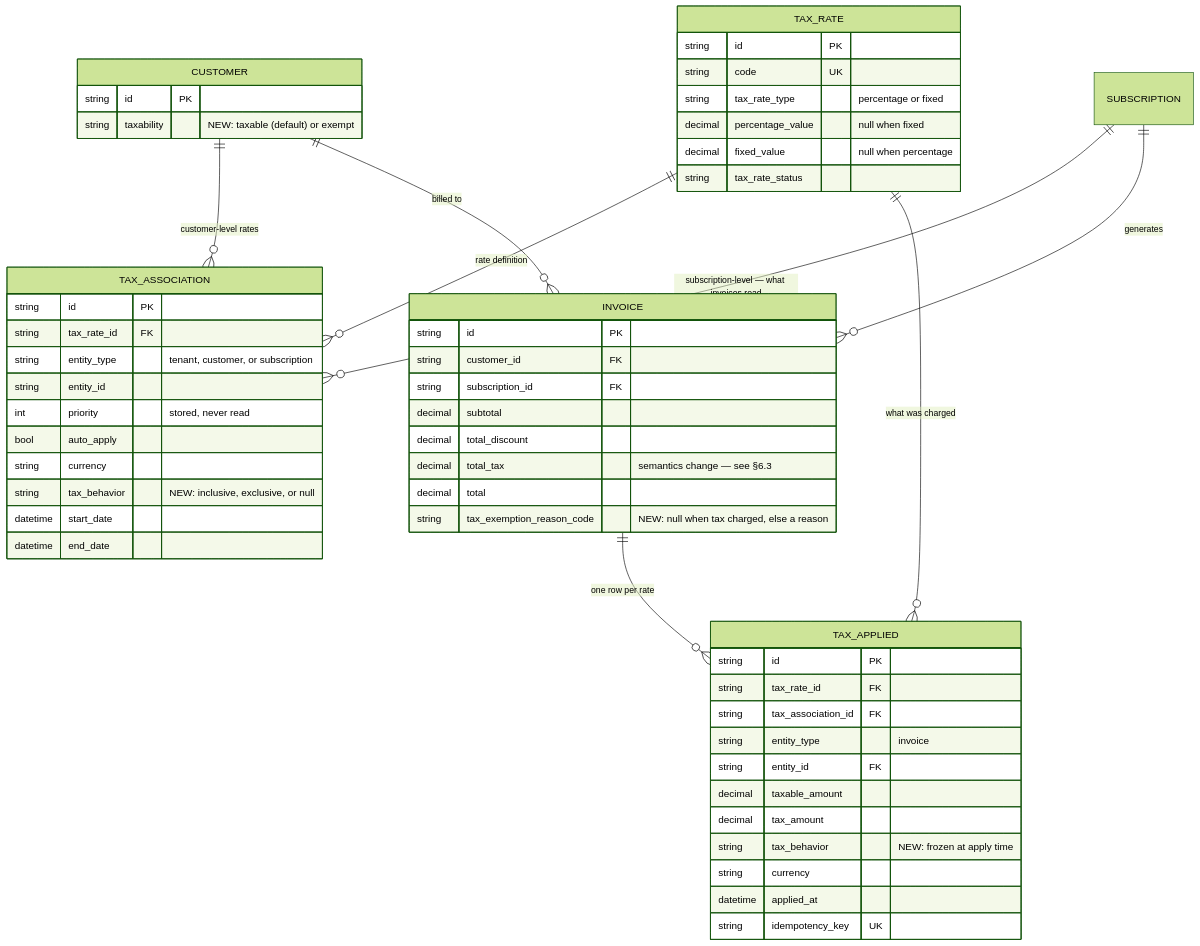
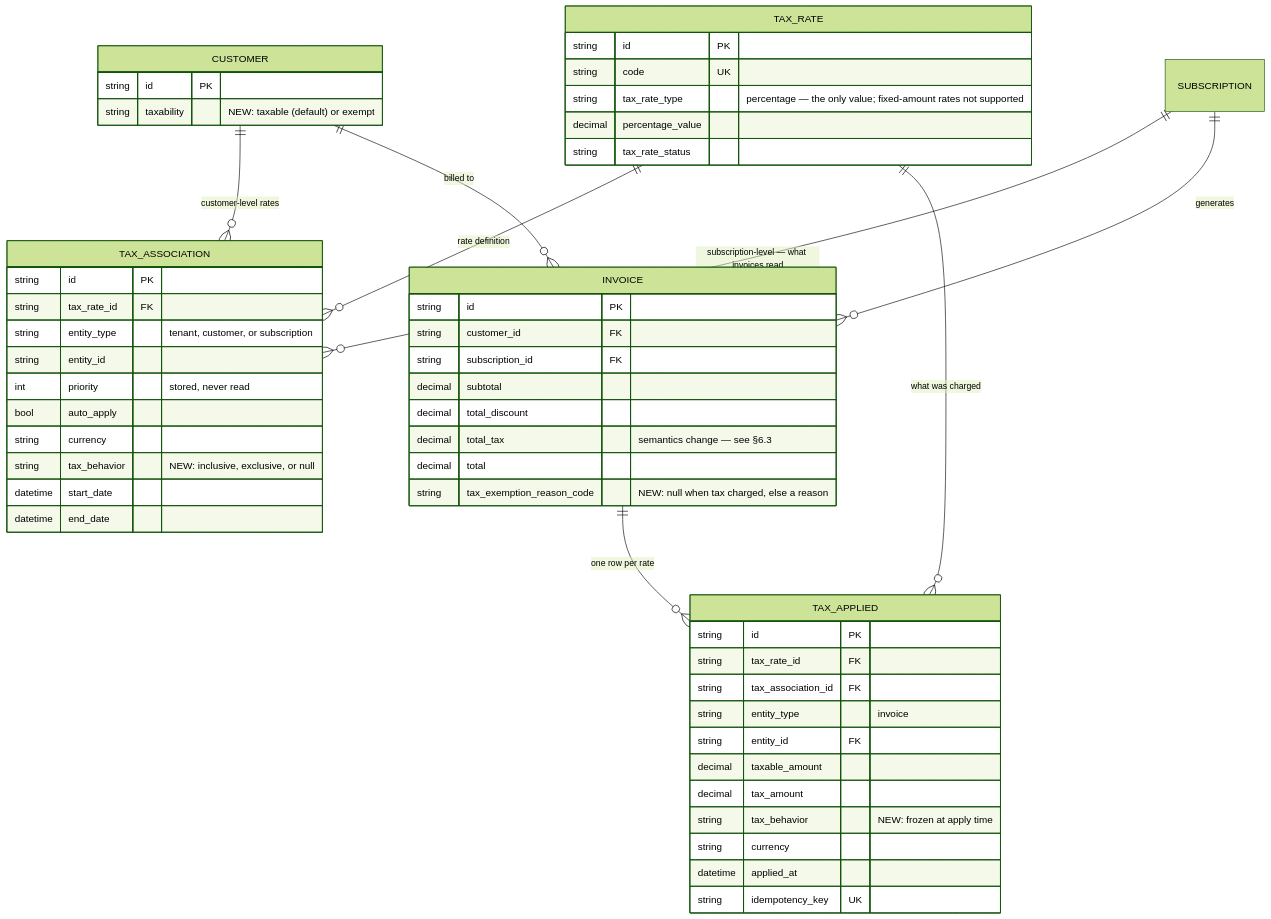
The first of 4 diagrams in docs/design/2026-08-17-FLE-1187-taxation-lineitem-inclusive.md (subratsahilgupta/flexprice), drawn with Mermaid (forest theme) before and after one commit. The commit also changed other lines of this file and 57 other files, not shown here.

````diff
--- a/docs/design/2026-08-17-FLE-1187-taxation-lineitem-inclusive.md
+++ b/docs/design/2026-08-17-FLE-1187-taxation-lineitem-inclusive.md
@@ -46,62 +64,61 @@
 ```mermaid
 erDiagram
     CUSTOMER ||--o{ TAX_ASSOCIATION : "customer-level rates"
     CUSTOMER ||--o{ INVOICE : "billed to"
     SUBSCRIPTION ||--o{ TAX_ASSOCIATION : "subscription-level — what invoices read"
     SUBSCRIPTION ||--o{ INVOICE : generates
     TAX_RATE ||--o{ TAX_ASSOCIATION : "rate definition"
     TAX_RATE ||--o{ TAX_APPLIED : "what was charged"
     INVOICE ||--o{ TAX_APPLIED : "one row per rate"
 
     CUSTOMER {
         string id PK
         string taxability "NEW: taxable (default) or exempt"
     }
 
     TAX_RATE {
         string id PK
         string code UK
-        string tax_rate_type "percentage or fixed"
-        decimal percentage_value "null when fixed"
-        decimal fixed_value "null when percentage"
+        string tax_rate_type "percentage — the only value; fixed-amount rates not supported"
+        decimal percentage_value
         string tax_rate_status
     }
 
     TAX_ASSOCIATION {
         string id PK
         string tax_rate_id FK
         string entity_type "tenant, customer, or subscription"
         string entity_id
         int priority "stored, never read"
         bool auto_apply
         string currency
         string tax_behavior "NEW: inclusive, exclusive, or null"
         datetime start_date
         datetime end_date
     }
 
     INVOICE {
         string id PK
         string customer_id FK
         string subscription_id FK
         decimal subtotal
         decimal total_discount
         decimal total_tax "semantics change — see §6.3"
         decimal total
         string tax_exemption_reason_code "NEW: null when tax charged, else a reason"
     }
 
     TAX_APPLIED {
         string id PK
         string tax_rate_id FK
         string tax_association_id FK
         string entity_type "invoice"
         string entity_id FK
         decimal taxable_amount
         decimal tax_amount
         string tax_behavior "NEW: frozen at apply time"
         string currency
         datetime applied_at
         string idempotency_key UK
     }
 ```
````
